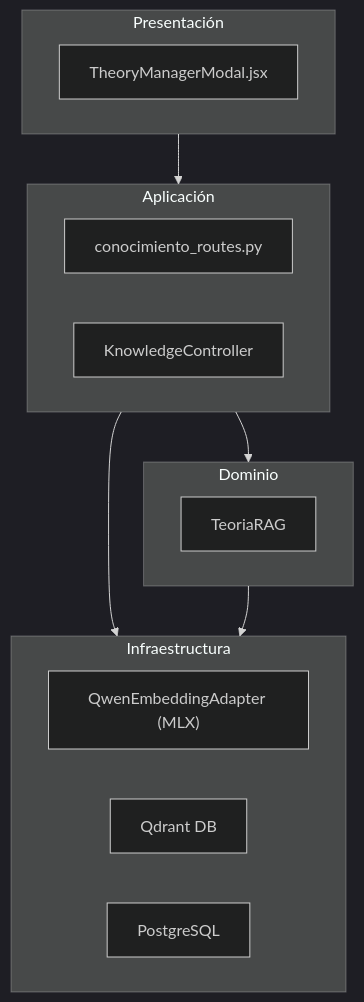
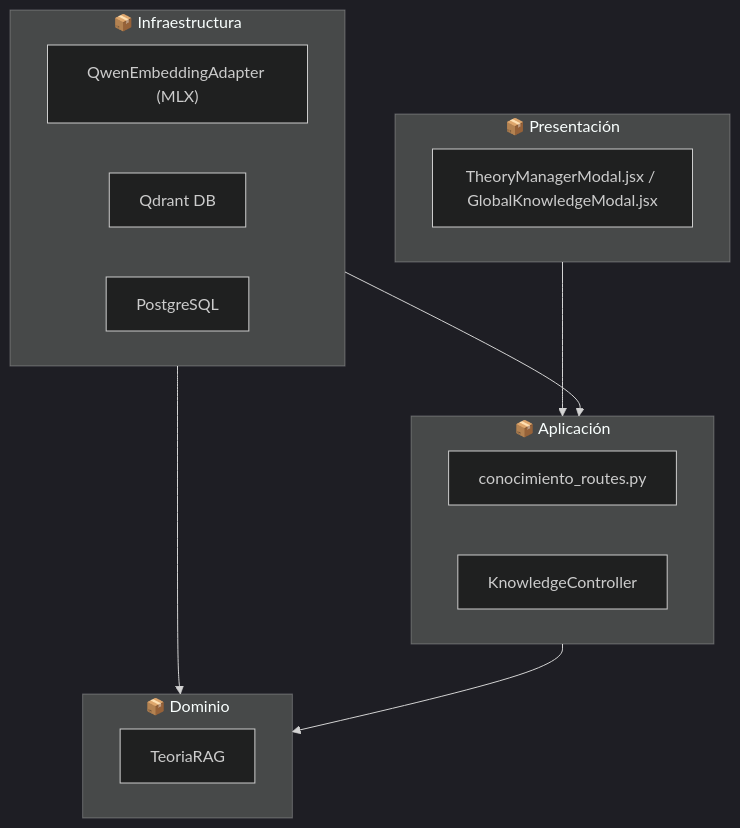
Before and after one commit to Tsmrain/JiuJitsu: diagram 17 of 37 in docs/ProyectoGrado.md, drawn with Mermaid (dark theme). The commit also changed other lines of this file and 17 other files, not shown here.

````diff
--- a/docs/ProyectoGrado.md
+++ b/docs/ProyectoGrado.md
@@ -2053,23 +1979,23 @@
 ```mermaid
 graph TD
-    subgraph Presentacion ["Presentación"]
-        Modal["TheoryManagerModal.jsx"]
+    subgraph Presentacion ["📦 Presentación"]
+        Modal["TheoryManagerModal.jsx / GlobalKnowledgeModal.jsx"]
     end
-    subgraph Aplicacion ["Aplicación"]
+    subgraph Aplicacion ["📦 Aplicación"]
         API["conocimiento_routes.py"]
         Controller["KnowledgeController"]
     end
-    subgraph Dominio ["Dominio"]
+    subgraph Dominio ["📦 Dominio"]
         EntTeoria["TeoriaRAG"]
     end
-    subgraph Infraestructura ["Infraestructura"]
+    subgraph Infraestructura ["📦 Infraestructura"]
         Embedding["QwenEmbeddingAdapter (MLX)"]
         Qdrant["Qdrant DB"]
         Postgres["PostgreSQL"]
     end
 
     Presentacion --> Aplicacion
+    Infraestructura --> Aplicacion
+    Infraestructura --> Dominio
     Aplicacion --> Dominio
-    Aplicacion --> Infraestructura
-    Dominio --> Infraestructura
 ```
````
